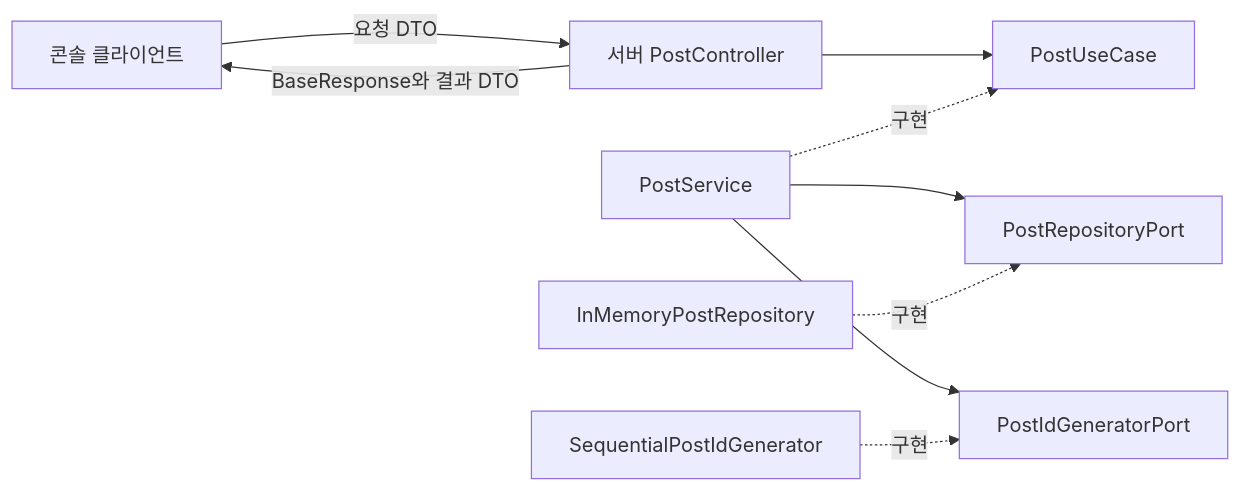
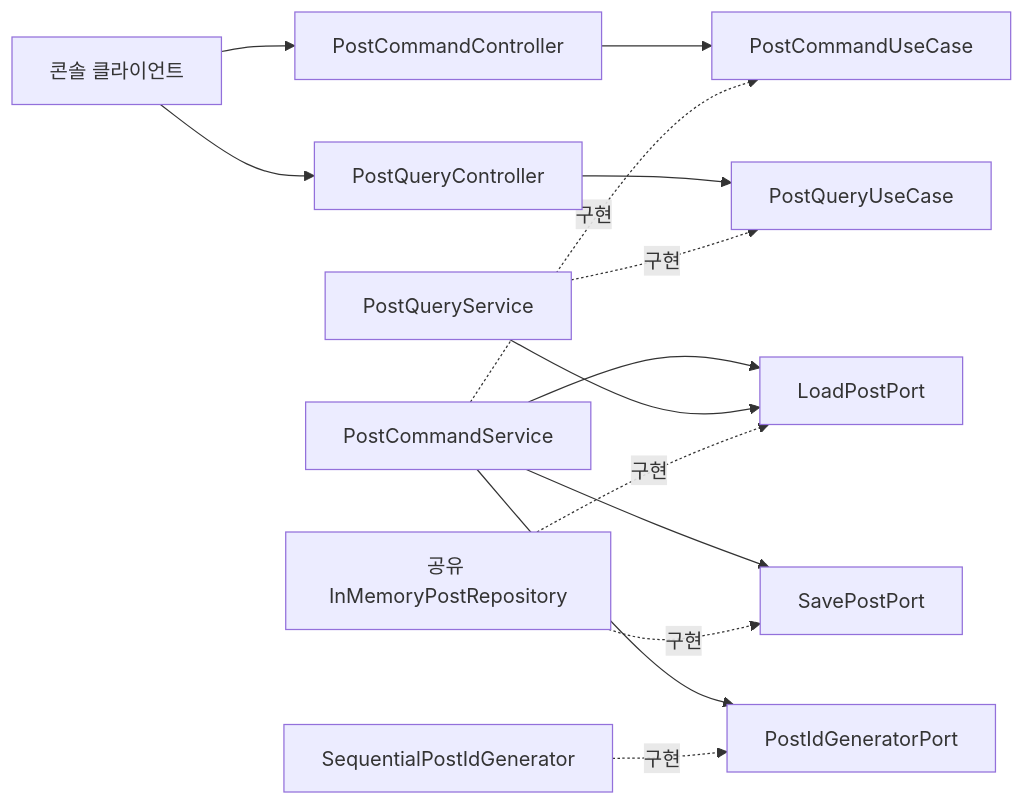
The diagram in docs/architecture.md (39-play-sopt-server/haemin.yoon), drawn with Mermaid before and after one commit. The commit also changed other lines of this file and 22 other files, not shown here.

````diff
--- a/docs/architecture.md
+++ b/docs/architecture.md
@@ -71,11 +80,16 @@
 ```mermaid
 flowchart LR
-    Client[콘솔 클라이언트] -->|요청 DTO| Controller[서버 PostController]
-    Controller --> UseCase[PostUseCase]
-    Service[PostService] -. 구현 .-> UseCase
-    Service --> RepositoryPort[PostRepositoryPort]
-    Repository[InMemoryPostRepository] -. 구현 .-> RepositoryPort
-    Service --> IdPort[PostIdGeneratorPort]
-    Generator[SequentialPostIdGenerator] -. 구현 .-> IdPort
-    Controller -->|BaseResponse와 결과 DTO| Client
+    Client[콘솔 클라이언트] --> CommandController[PostCommandController]
+    Client --> QueryController[PostQueryController]
+    CommandController --> CommandPort[PostCommandUseCase]
+    QueryController --> QueryPort[PostQueryUseCase]
+    CommandService[PostCommandService] -. 구현 .-> CommandPort
+    QueryService[PostQueryService] -. 구현 .-> QueryPort
+    CommandService --> Load[LoadPostPort]
+    CommandService --> Save[SavePostPort]
+    CommandService --> Id[PostIdGeneratorPort]
+    QueryService --> Load
+    Repository[공유 InMemoryPostRepository] -. 구현 .-> Load
+    Repository -. 구현 .-> Save
+    Generator[SequentialPostIdGenerator] -. 구현 .-> Id
 ```
````
